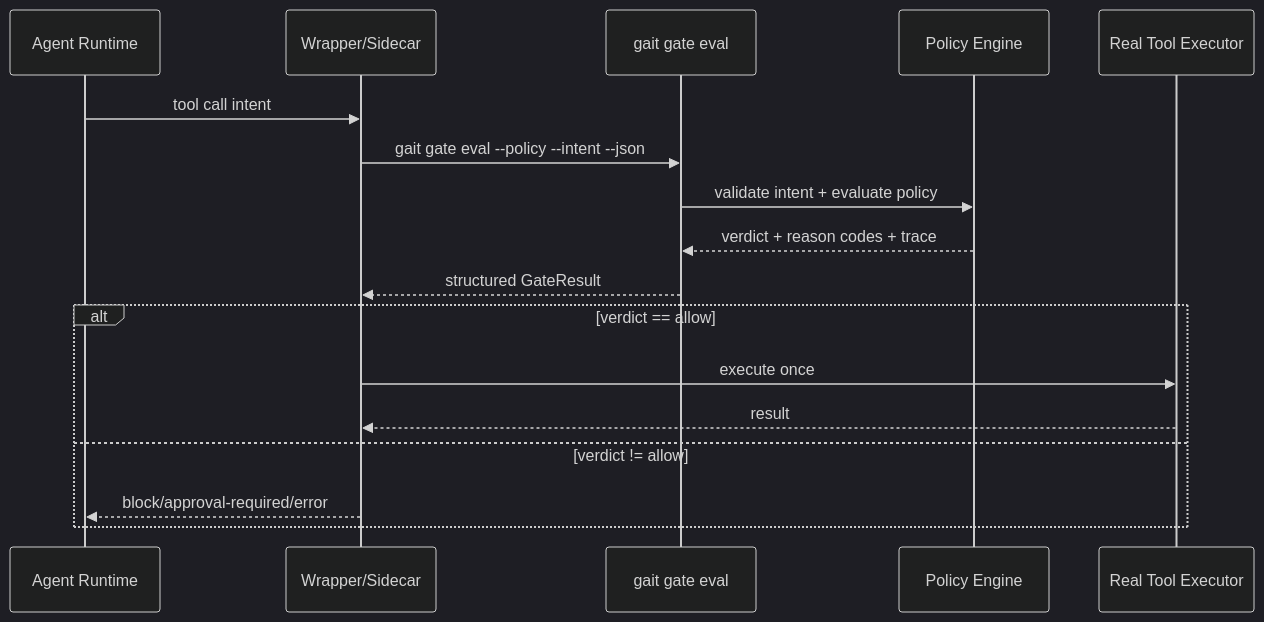
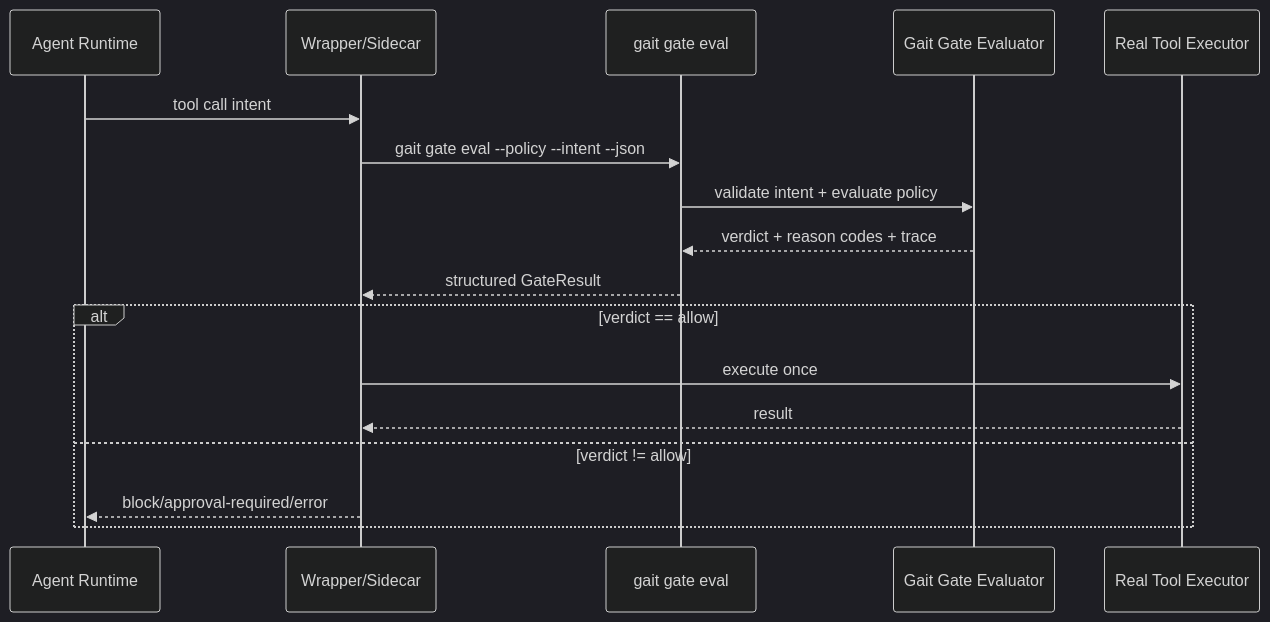
One commit to davidahmann/gait changed the fourth of 9 diagrams in docs/flows.md. Above: the diagram before and after it, drawn with Mermaid (dark theme). The commit also changed other lines of this file and 35 other files, not shown here.

````diff
--- a/docs/flows.md
+++ b/docs/flows.md
@@ -118,20 +132,20 @@
 ```mermaid
 sequenceDiagram
     participant Agent as Agent Runtime
     participant Adapter as Wrapper/Sidecar
     participant CLI as gait gate eval
-    participant Gate as Policy Engine
+    participant Gate as Gait Gate Evaluator
     participant Tool as Real Tool Executor
 
     Agent->>Adapter: tool call intent
     Adapter->>CLI: gait gate eval --policy --intent --json
     CLI->>Gate: validate intent + evaluate policy
     Gate-->>CLI: verdict + reason codes + trace
     CLI-->>Adapter: structured GateResult
     alt verdict == allow
         Adapter->>Tool: execute once
         Tool-->>Adapter: result
     else verdict != allow
         Adapter-->>Agent: block/approval-required/error
     end
 ```
````
